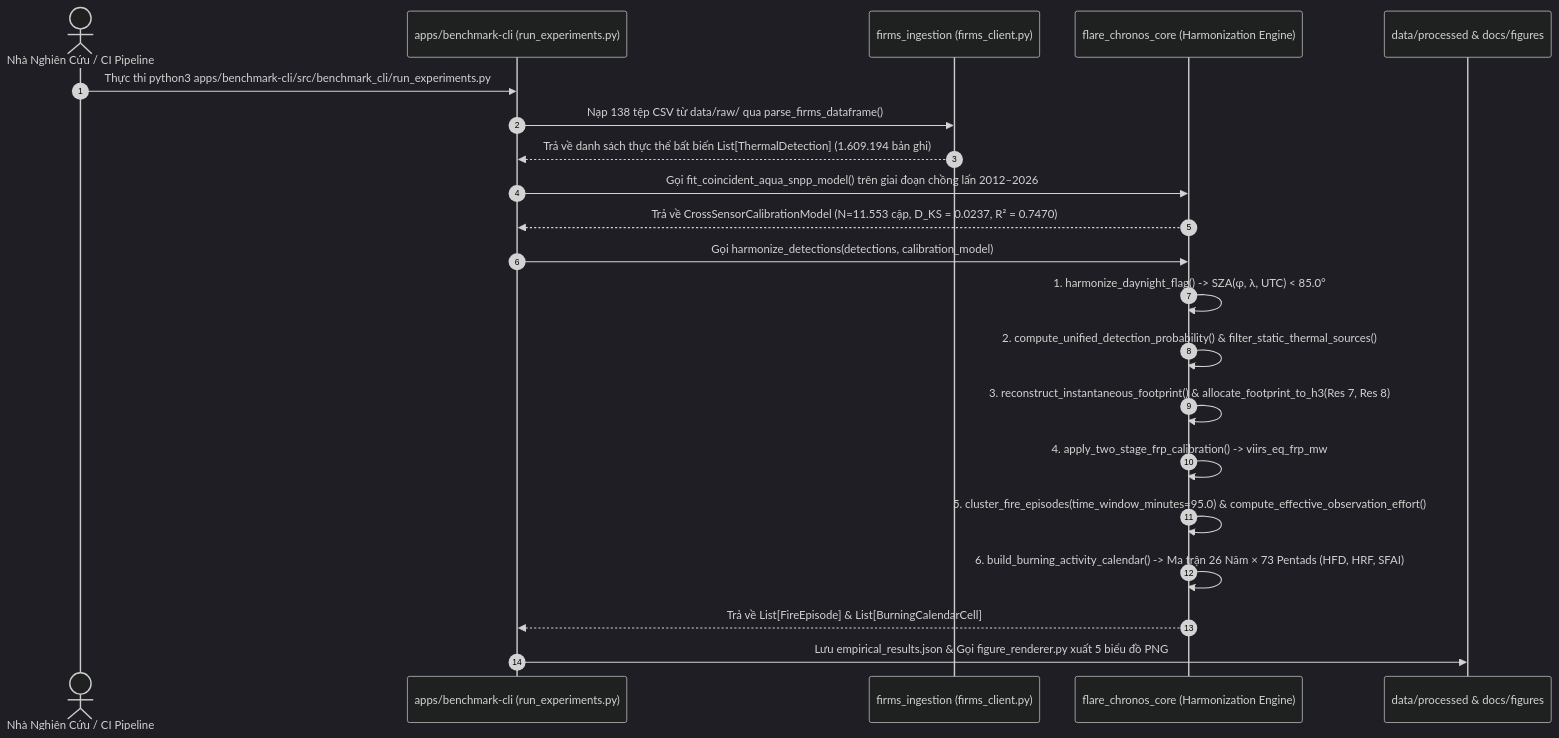
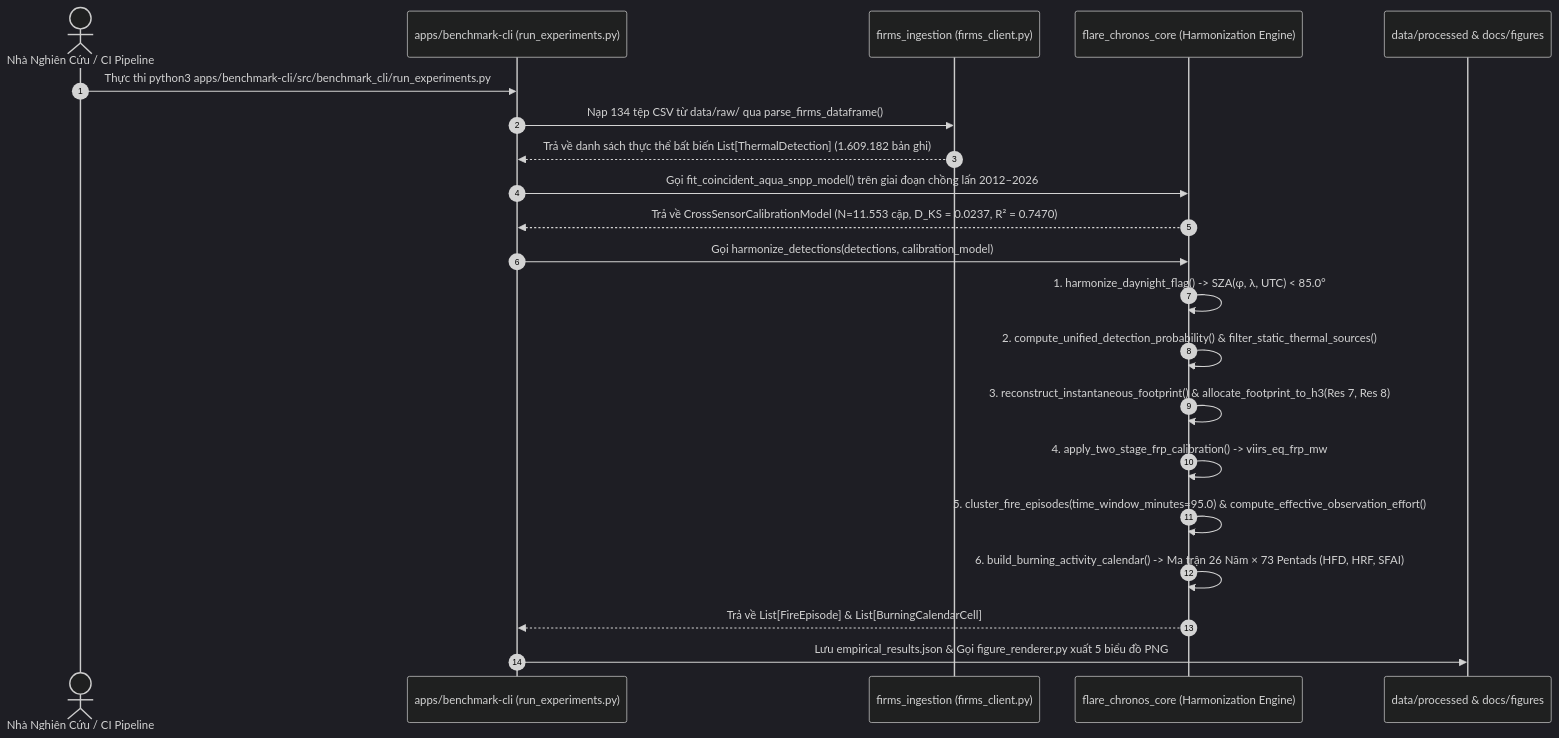
The second of 3 diagrams in exports/REPORT.md (the-aris-club/flare-chronos), drawn with Mermaid (dark theme) before and after one commit. The commit also changed other lines of this file and 2 other files, not shown here.

````diff
--- a/exports/REPORT.md
+++ b/exports/REPORT.md
@@ -125,24 +125,24 @@
 ```mermaid
 sequenceDiagram
     autonumber
     actor Dev as Nhà Nghiên Cứu / CI Pipeline
     participant CLI as apps/benchmark-cli (run_experiments.py)
     participant Ingest as firms_ingestion (firms_client.py)
     participant Core as flare_chronos_core (Harmonization Engine)
     participant Store as data/processed & docs/figures
 
     Dev->>CLI: Thực thi python3 apps/benchmark-cli/src/benchmark_cli/run_experiments.py
-    CLI->>Ingest: Nạp 138 tệp CSV từ data/raw/ qua parse_firms_dataframe()
-    Ingest-->>CLI: Trả về danh sách thực thể bất biến List[ThermalDetection] (1.609.194 bản ghi)
+    CLI->>Ingest: Nạp 134 tệp CSV từ data/raw/ qua parse_firms_dataframe()
+    Ingest-->>CLI: Trả về danh sách thực thể bất biến List[ThermalDetection] (1.609.182 bản ghi)
     CLI->>Core: Gọi fit_coincident_aqua_snpp_model() trên giai đoạn chồng lấn 2012–2026
     Core-->>CLI: Trả về CrossSensorCalibrationModel (N=11.553 cặp, D_KS = 0.0237, R² = 0.7470)
     CLI->>Core: Gọi harmonize_detections(detections, calibration_model)
     Core->>Core: 1. harmonize_daynight_flag() -> SZA(φ, λ, UTC) < 85.0°
     Core->>Core: 2. compute_unified_detection_probability() & filter_static_thermal_sources()
     Core->>Core: 3. reconstruct_instantaneous_footprint() & allocate_footprint_to_h3(Res 7, Res 8)
     Core->>Core: 4. apply_two_stage_frp_calibration() -> viirs_eq_frp_mw
     Core->>Core: 5. cluster_fire_episodes(time_window_minutes=95.0) & compute_effective_observation_effort()
     Core->>Core: 6. build_burning_activity_calendar() -> Ma trận 26 Năm × 73 Pentads (HFD, HRF, SFAI)
     Core-->>CLI: Trả về List[FireEpisode] & List[BurningCalendarCell]
     CLI->>Store: Lưu empirical_results.json & Gọi figure_renderer.py xuất 5 biểu đồ PNG
 ```
````
